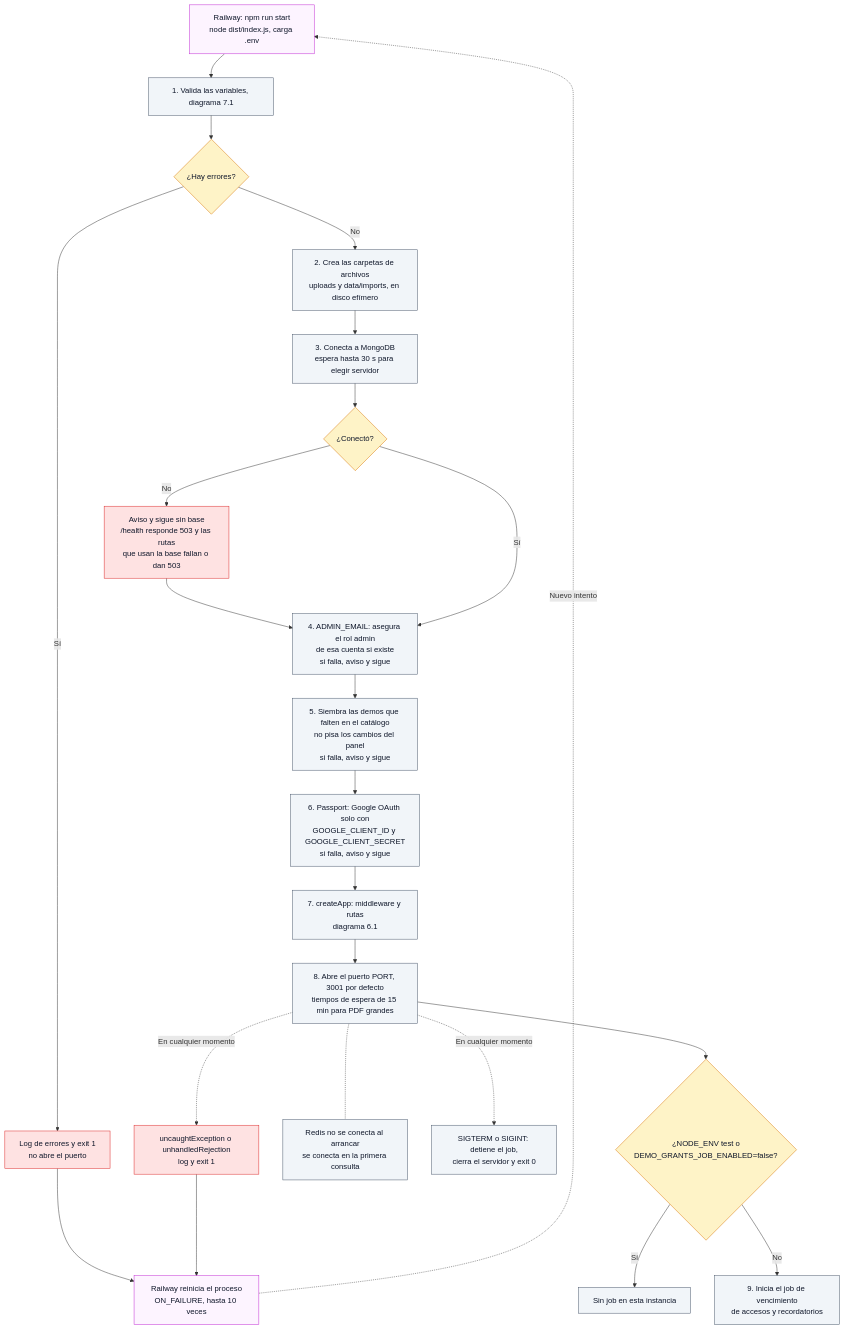
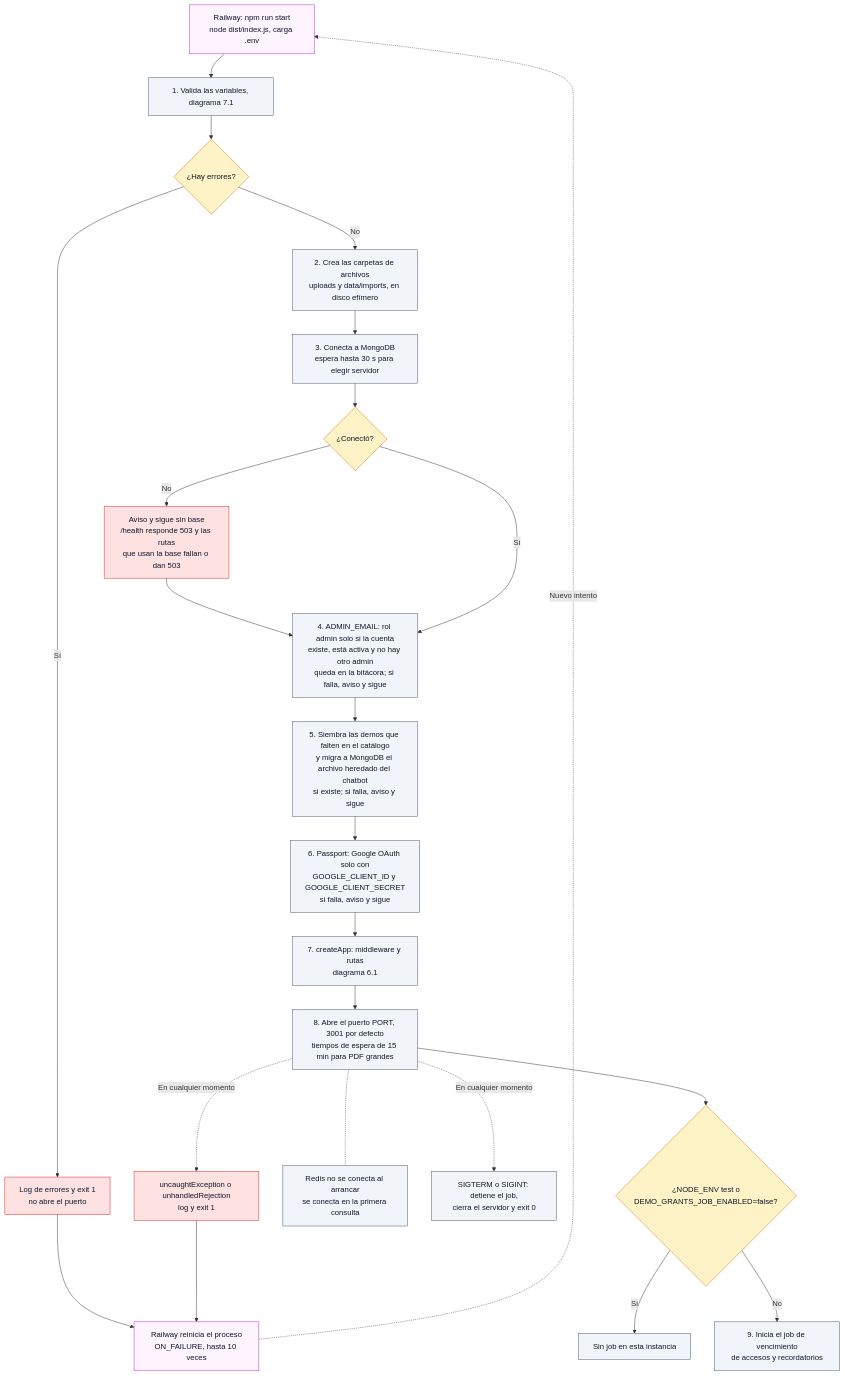
Before and after one commit to ronalc90/koptup: diagram 21 of 23 in docs/wiki/Doc-14-3-Flujos-Tecnicos.md, drawn with Mermaid. The commit also changed other lines of this file and 245 other files, not shown here.

````diff
--- a/docs/wiki/Doc-14-3-Flujos-Tecnicos.md
+++ b/docs/wiki/Doc-14-3-Flujos-Tecnicos.md
@@ -1292,45 +1293,45 @@
 ```mermaid
 flowchart TD
     classDef visitante fill:#dbeafe,stroke:#2563eb,color:#0f172a
     classDef sistema fill:#f1f5f9,stroke:#475569,color:#0f172a
     classDef admin fill:#f3e8ff,stroke:#9333ea,color:#0f172a
     classDef aviso fill:#dcfce7,stroke:#16a34a,color:#0f172a
     classDef decision fill:#fef3c7,stroke:#d97706,color:#0f172a
     classDef error fill:#fee2e2,stroke:#dc2626,color:#0f172a
     classDef externo fill:#fdf4ff,stroke:#c026d3,color:#0f172a
 
     S["Railway: npm run start<br/>node dist/index.js, carga .env"]:::externo
     E["1. Valida las variables, diagrama 7.1"]:::sistema
     Q1{"¿Hay errores?"}:::decision
     X["Log de errores y exit 1<br/>no abre el puerto"]:::error
     RR["Railway reinicia el proceso<br/>ON_FAILURE, hasta 10 veces"]:::externo
     D["2. Crea las carpetas de archivos<br/>uploads y data/imports, en disco efímero"]:::sistema
     M["3. Conecta a MongoDB<br/>espera hasta 30 s para elegir servidor"]:::sistema
     Q2{"¿Conectó?"}:::decision
     MW["Aviso y sigue sin base<br/>/health responde 503 y las rutas<br/>que usan la base fallan o dan 503"]:::error
-    A["4. ADMIN_EMAIL: asegura el rol admin<br/>de esa cuenta si existe<br/>si falla, aviso y sigue"]:::sistema
-    C["5. Siembra las demos que falten en el catálogo<br/>no pisa los cambios del panel<br/>si falla, aviso y sigue"]:::sistema
+    A["4. ADMIN_EMAIL: rol admin solo si la cuenta<br/>existe, está activa y no hay otro admin<br/>queda en la bitácora; si falla, aviso y sigue"]:::sistema
+    C["5. Siembra las demos que falten en el catálogo<br/>y migra a MongoDB el archivo heredado del chatbot<br/>si existe; si falla, aviso y sigue"]:::sistema
     P["6. Passport: Google OAuth solo con<br/>GOOGLE_CLIENT_ID y GOOGLE_CLIENT_SECRET<br/>si falla, aviso y sigue"]:::sistema
     AP["7. createApp: middleware y rutas<br/>diagrama 6.1"]:::sistema
     L["8. Abre el puerto PORT, 3001 por defecto<br/>tiempos de espera de 15 min para PDF grandes"]:::sistema
     J{"¿NODE_ENV test o<br/>DEMO_GRANTS_JOB_ENABLED=false?"}:::decision
     J1["9. Inicia el job de vencimiento<br/>de accesos y recordatorios"]:::sistema
     J0["Sin job en esta instancia"]:::sistema
     RD["Redis no se conecta al arrancar<br/>se conecta en la primera consulta"]:::sistema
     SG["SIGTERM o SIGINT: detiene el job,<br/>cierra el servidor y exit 0"]:::sistema
     CR["uncaughtException o unhandledRejection<br/>log y exit 1"]:::error
 
     S --> E --> Q1
     Q1 -->|Sí| X --> RR
     RR -.->|Nuevo intento| S
     Q1 -->|No| D --> M --> Q2
     Q2 -->|No| MW --> A
     Q2 -->|Sí| A
     A --> C --> P --> AP --> L --> J
     J -->|Sí| J0
     J -->|No| J1
     L -.- RD
     L -.->|En cualquier momento| SG
     L -.->|En cualquier momento| CR
     CR --> RR
 ```
````
